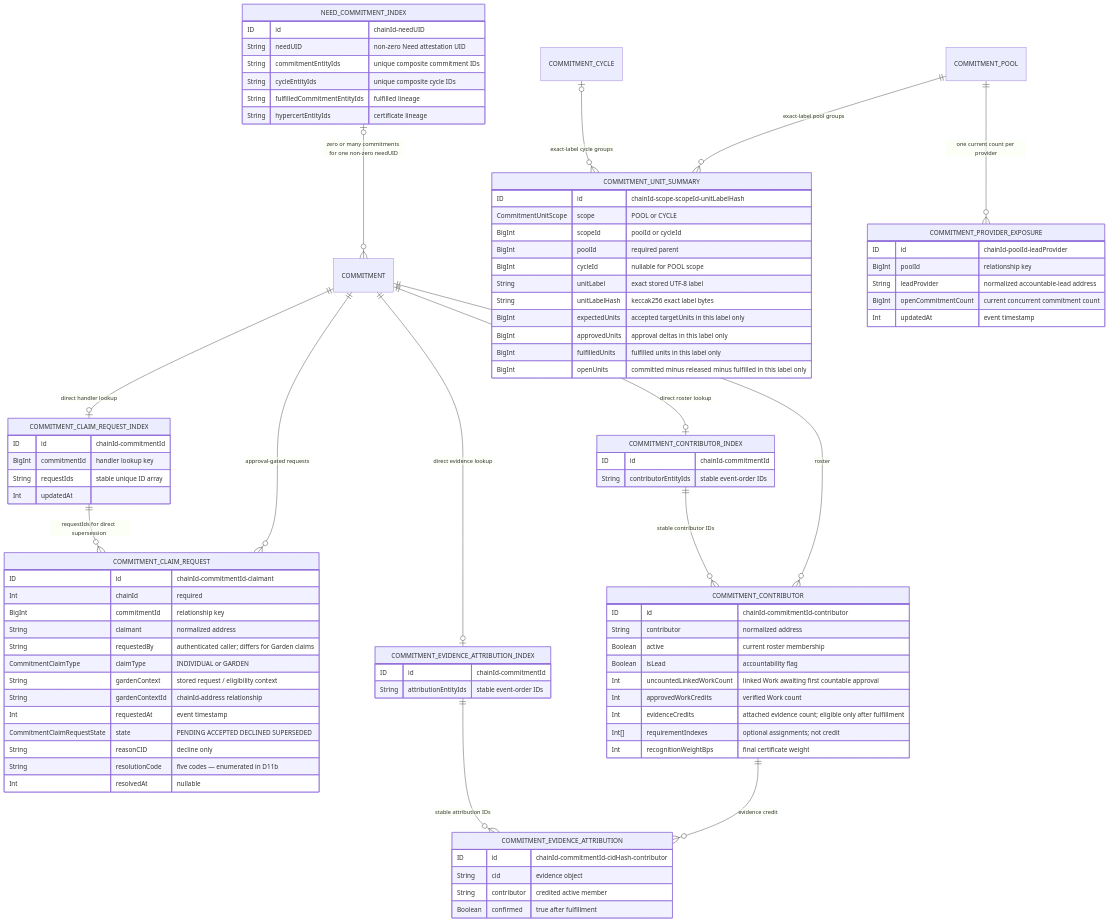
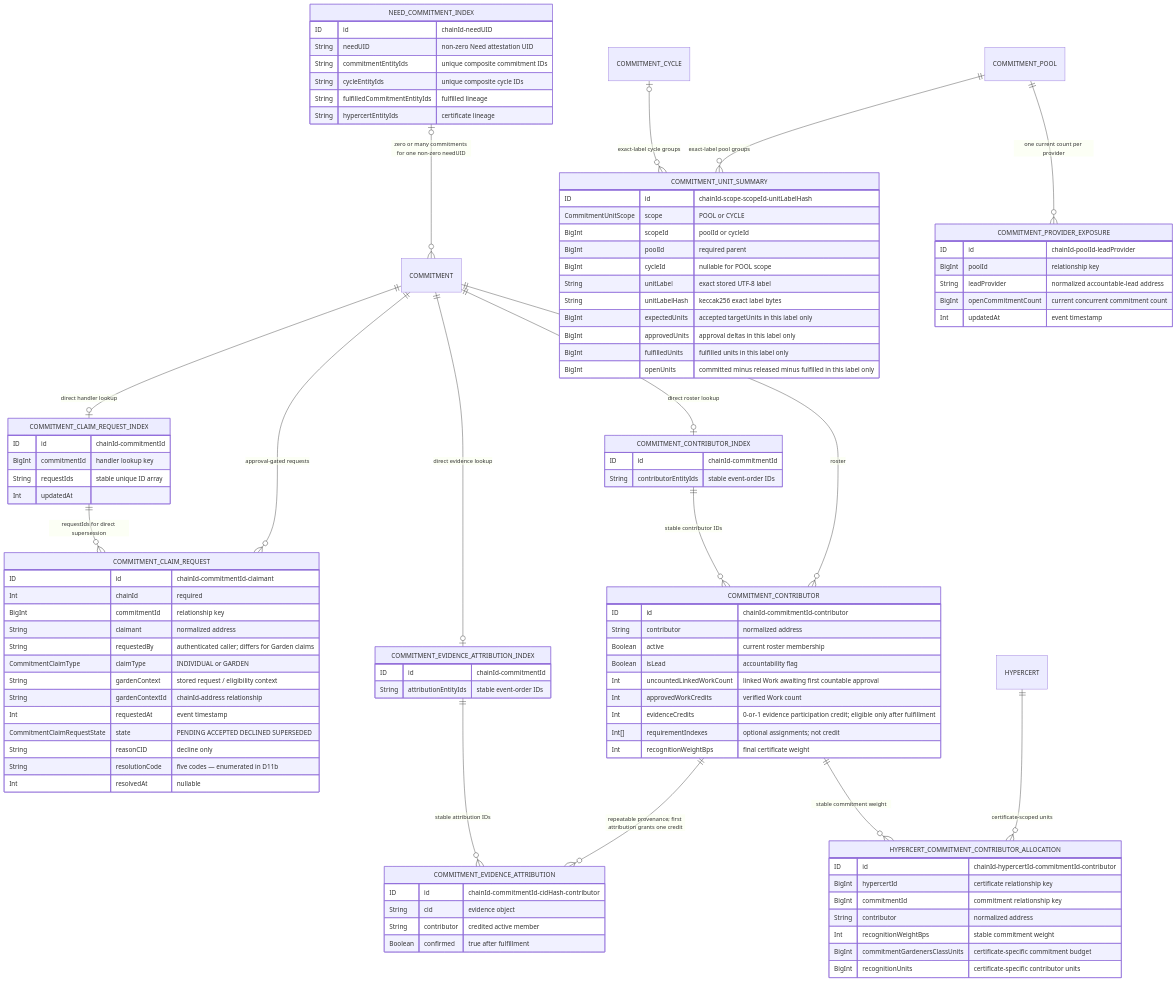
Before and after one commit to greenpill-dev-guild/green-goods: diagram 16 of 35 in .plans/active/commitment-pooling/diagrams.md, drawn with Mermaid. The commit also changed other lines of this file and 10 other files, not shown here.

Commit message:
fix(agent): harden recognition attribution

```diff
--- a/.plans/active/commitment-pooling/diagrams.md
+++ b/.plans/active/commitment-pooling/diagrams.md
@@ -784,7 +786,9 @@
   COMMITMENT ||--o{ COMMITMENT_CONTRIBUTOR : "roster"
   COMMITMENT ||--o| COMMITMENT_CONTRIBUTOR_INDEX : "direct roster lookup"
   COMMITMENT_CONTRIBUTOR_INDEX ||--o{ COMMITMENT_CONTRIBUTOR : "stable contributor IDs"
-  COMMITMENT_CONTRIBUTOR ||--o{ COMMITMENT_EVIDENCE_ATTRIBUTION : "evidence credit"
+  COMMITMENT_CONTRIBUTOR ||--o{ COMMITMENT_EVIDENCE_ATTRIBUTION : "repeatable provenance; first attribution grants one credit"
+  HYPERCERT ||--o{ HYPERCERT_COMMITMENT_CONTRIBUTOR_ALLOCATION : "certificate-scoped units"
+  COMMITMENT_CONTRIBUTOR ||--o{ HYPERCERT_COMMITMENT_CONTRIBUTOR_ALLOCATION : "stable commitment weight"
   COMMITMENT ||--o| COMMITMENT_EVIDENCE_ATTRIBUTION_INDEX : "direct evidence lookup"
   COMMITMENT_EVIDENCE_ATTRIBUTION_INDEX ||--o{ COMMITMENT_EVIDENCE_ATTRIBUTION : "stable attribution IDs"
   NEED_COMMITMENT_INDEX |o--o{ COMMITMENT : "zero or many commitments for one non-zero needUID"
@@ -841,9 +845,19 @@
     Boolean isLead "accountability flag"
     Int uncountedLinkedWorkCount "linked Work awaiting first countable approval"
     Int approvedWorkCredits "verified Work count"
-    Int evidenceCredits "attached evidence count; eligible only after fulfillment"
+    Int evidenceCredits "0-or-1 evidence participation credit; eligible only after fulfillment"
     Int[] requirementIndexes "optional assignments; not credit"
     Int recognitionWeightBps "final certificate weight"
+  }
+
+  HYPERCERT_COMMITMENT_CONTRIBUTOR_ALLOCATION {
+    ID id "chainId-hypercertId-commitmentId-contributor"
+    BigInt hypercertId "certificate relationship key"
+    BigInt commitmentId "commitment relationship key"
+    String contributor "normalized address"
+    Int recognitionWeightBps "stable commitment weight"
+    BigInt commitmentGardenersClassUnits "certificate-specific commitment budget"
+    BigInt recognitionUnits "certificate-specific contributor units"
   }
 
   COMMITMENT_CONTRIBUTOR_INDEX {
```
